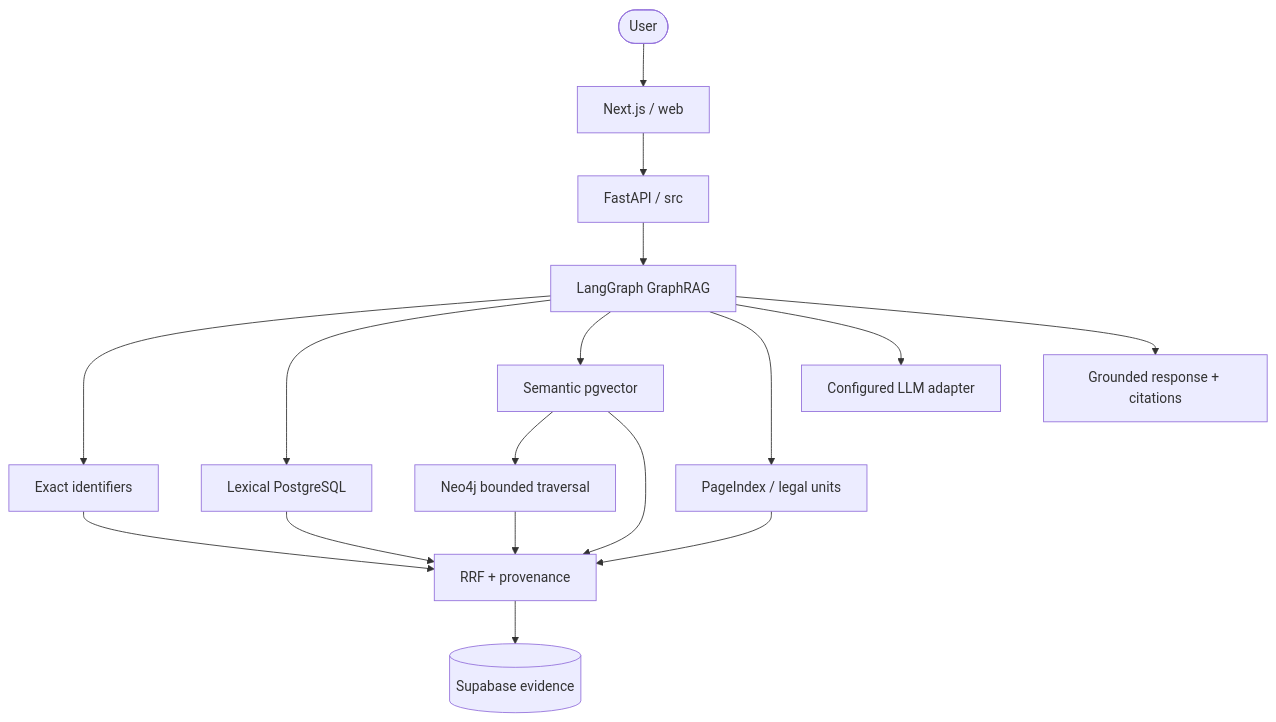
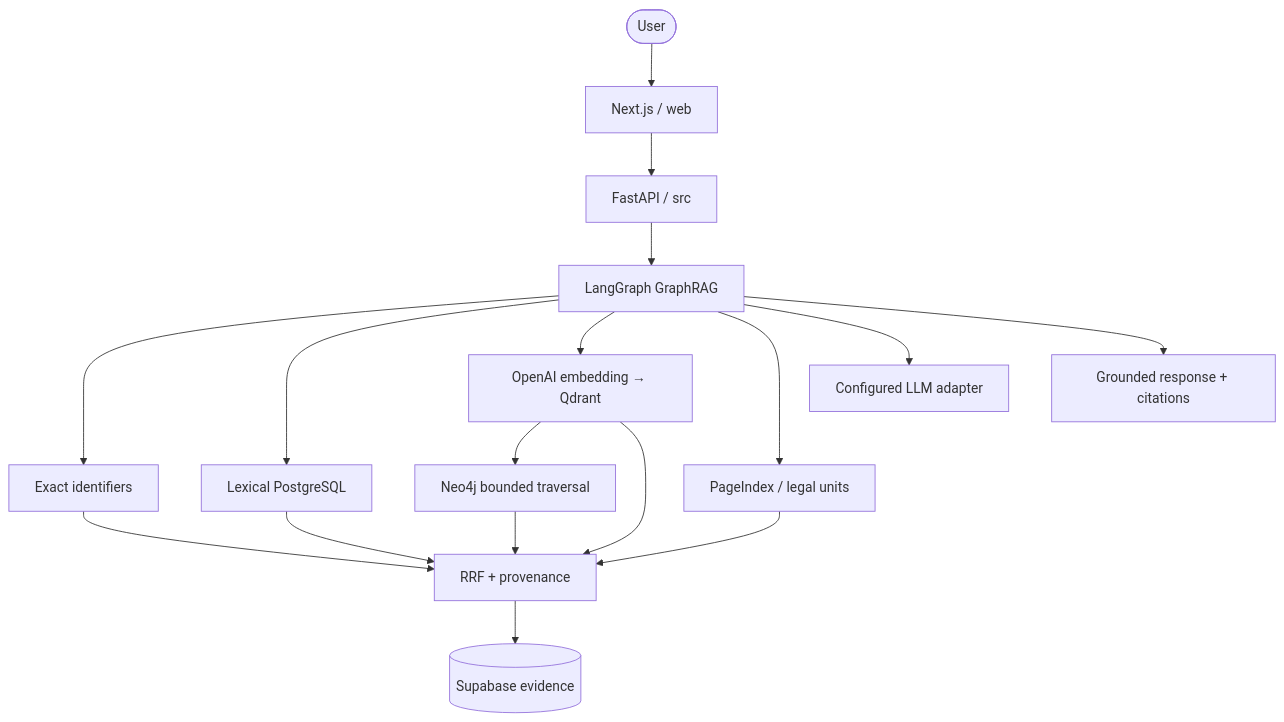
The diagram in docs/guide/architecture/system-design.md (HOANGQUANGMINH371195/TEAM_GENIUS), drawn with Mermaid before and after one commit. The commit also changed other lines of this file and 6 other files, not shown here.

````diff
--- a/docs/guide/architecture/system-design.md
+++ b/docs/guide/architecture/system-design.md
@@ -9,19 +9,19 @@
 ```mermaid
 graph TB
     User([User]) --> Web[Next.js / web]
     Web --> API[FastAPI / src]
     API --> Agent[LangGraph GraphRAG]
     Agent --> Exact[Exact identifiers]
     Agent --> Lexical[Lexical PostgreSQL]
-    Agent --> Semantic[Semantic pgvector]
+    Agent --> Semantic[OpenAI embedding → Qdrant]
     Agent --> PageIndex[PageIndex / legal units]
     Semantic --> Graph[Neo4j bounded traversal]
     Exact --> Fusion[RRF + provenance]
     Lexical --> Fusion
     Semantic --> Fusion
     PageIndex --> Fusion
     Graph --> Fusion
     Fusion --> DB[(Supabase evidence)]
     Agent --> Model[Configured LLM adapter]
     Agent --> Response[Grounded response + citations]
 ```
````
